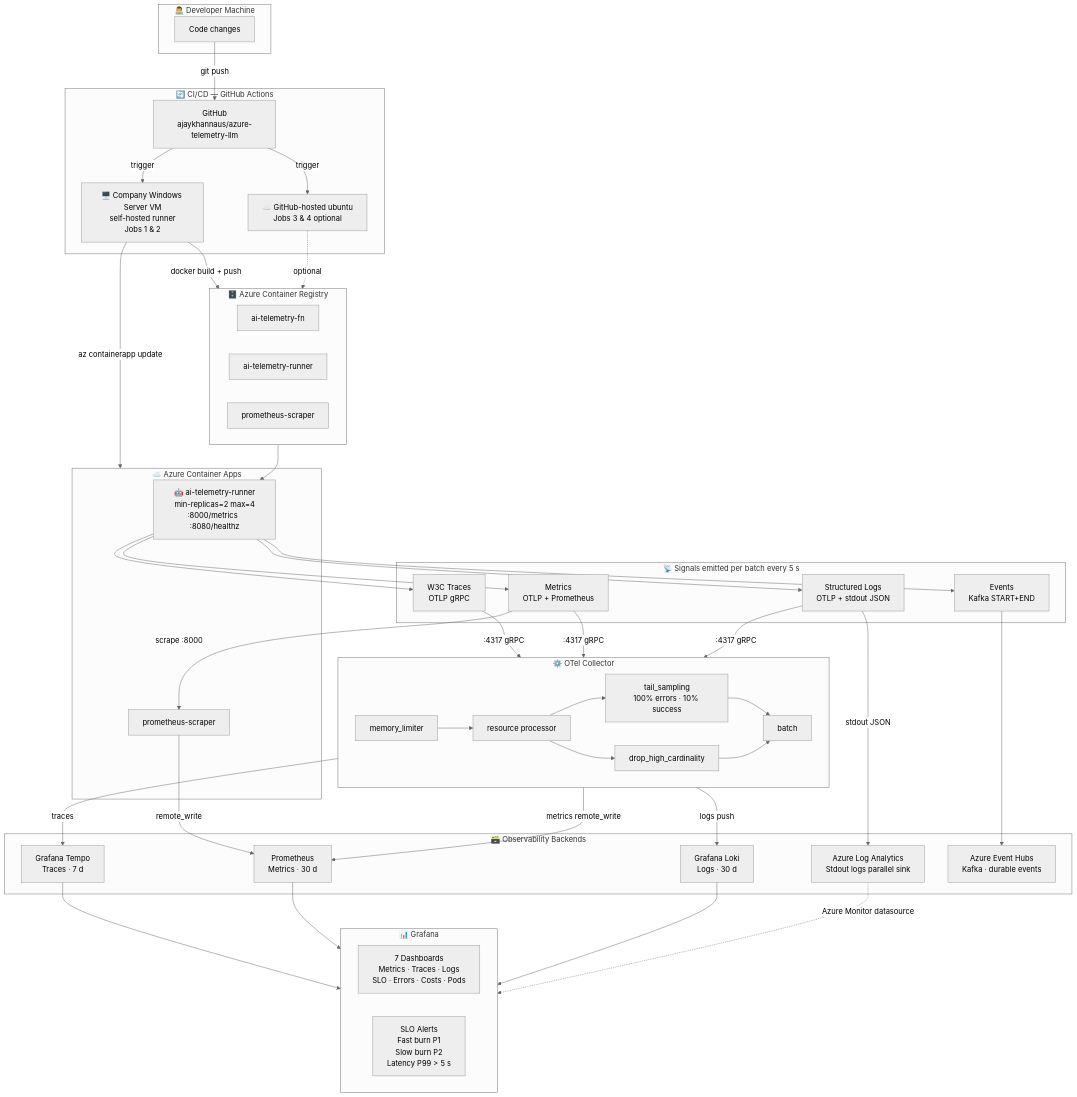
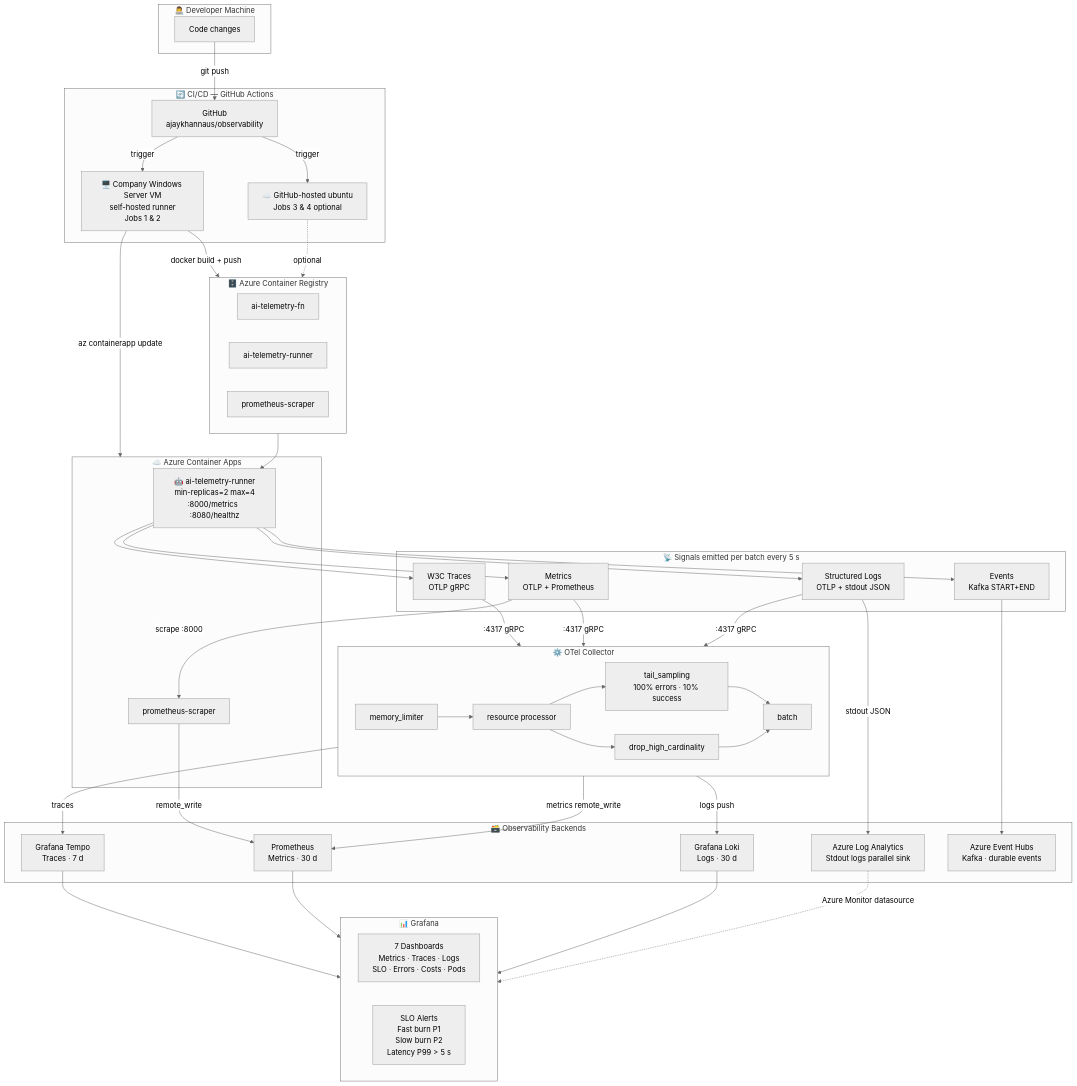
The first of 6 diagrams in docs/ARCHITECTURE.md (ajaykhannaus/observability), drawn with Mermaid (neutral theme) before and after one commit. The commit also changed 5 other files, not shown here.

```diff
--- a/docs/ARCHITECTURE.md
+++ b/docs/ARCHITECTURE.md
@@ -9,7 +9,7 @@
     end
 
     subgraph CICD["🔄 CI/CD — GitHub Actions"]
-        GH[GitHub\najaykhannaus/azure-telemetry-llm]
+        GH[GitHub\najaykhannaus/observability]
         VM_RUNNER["🖥️ Company Windows Server VM\nself-hosted runner\nJobs 1 & 2"]
         GH_RUNNER["☁️ GitHub-hosted ubuntu\nJobs 3 & 4 optional"]
     end
```
